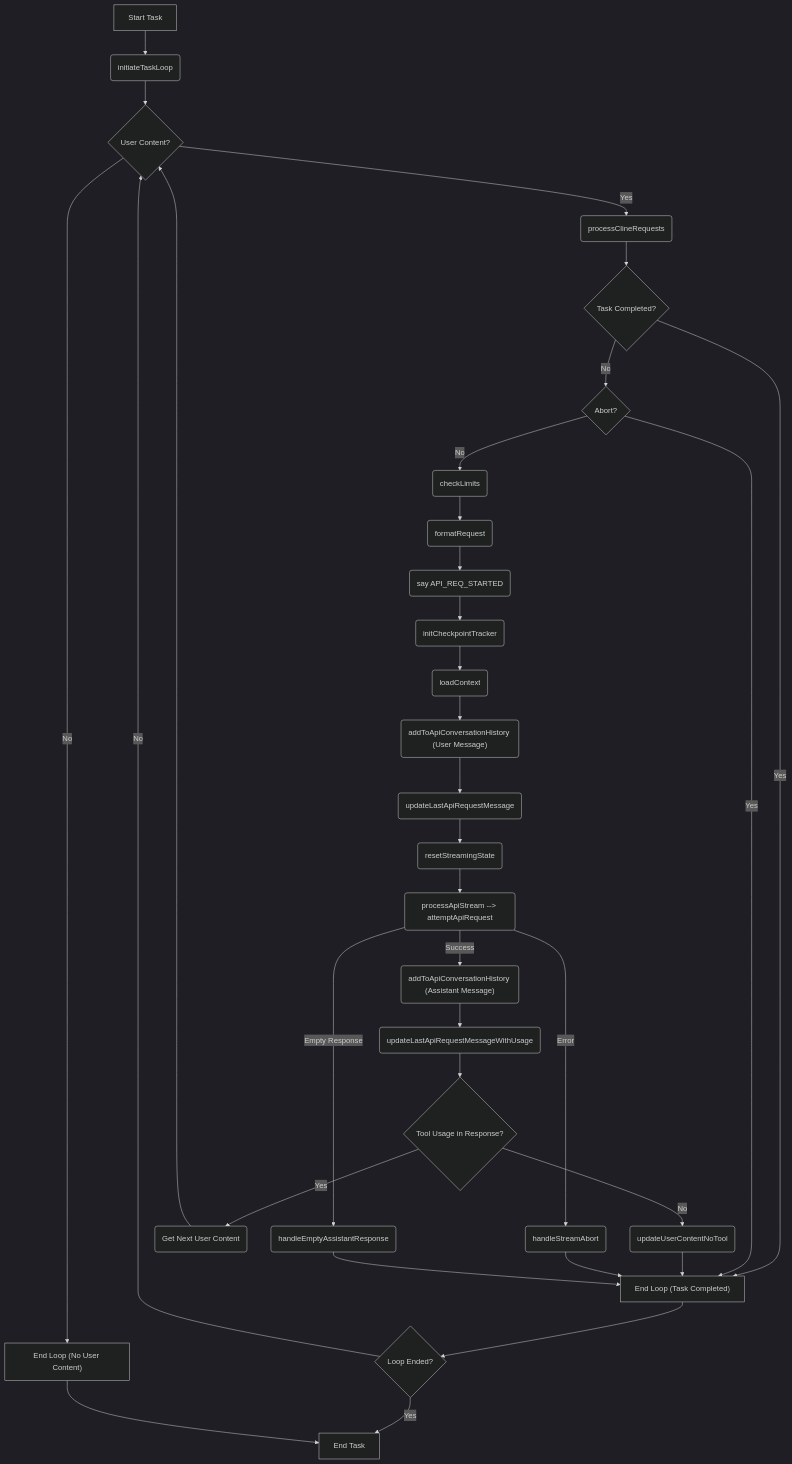
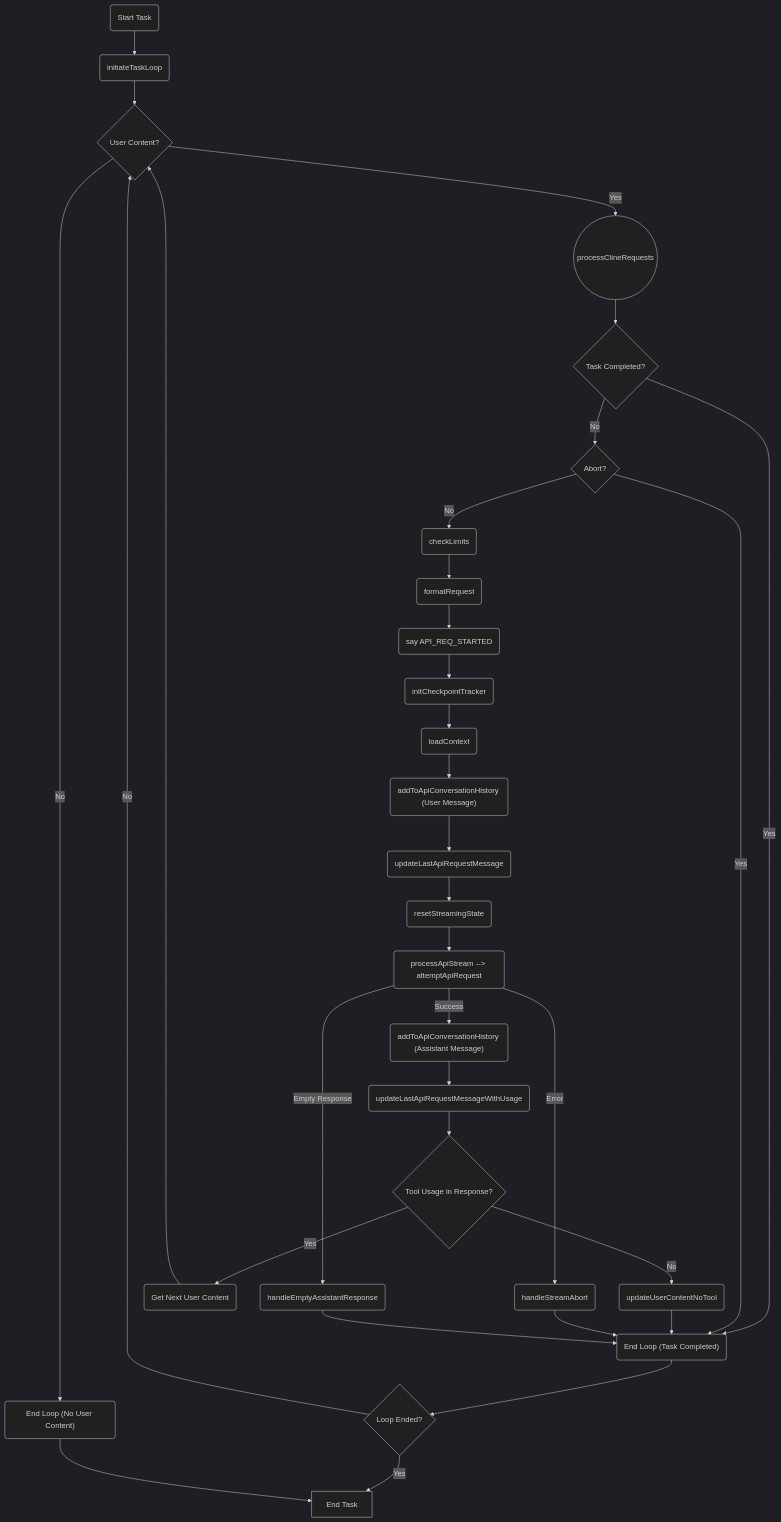
Before and after one commit to gorillabbit/cline-cli: the diagram in docs/workflow.md, drawn with Mermaid (dark theme). The commit also changed other lines of this file, not shown here.

Commit message:
ワークフロー図の表記を修正し、アプリケーションの目的に関する説明を追加

````diff
--- a/docs/workflow.md
+++ b/docs/workflow.md
@@ -3,35 +3,35 @@
 ```mermaid
 graph TD
-    A[Start Task] --> B(initiateTaskLoop);
+    A(Start Task) --> B(initiateTaskLoop);
     B --> C{User Content?};
-    C -- Yes --> D(processClineRequests);
-    C -- No --> E["End Loop (No User Content)"];
+    C -- Yes --> D((processClineRequests));
+    C -- No --> E("End Loop (No User Content)");
     D --> F{Task Completed?};
-    F -- Yes --> G["End Loop (Task Completed)"];
+    F -- Yes --> G("End Loop (Task Completed)");
     F -- No --> H{Abort?};
     H -- Yes --> G;
     H -- No --> I(checkLimits);
     I --> J(formatRequest);
     J --> K(say API_REQ_STARTED);
     K --> L(initCheckpointTracker);
     L --> M(loadContext);
     M --> N("addToApiConversationHistory (User Message)");
     N --> O(updateLastApiRequestMessage);
     O --> P(resetStreamingState);
     P --> Q(processApiStream --> attemptApiRequest);
     Q -- Success --> R("addToApiConversationHistory (Assistant Message)");
     Q -- Error --> S(handleStreamAbort);
     Q -- Empty Response --> T(handleEmptyAssistantResponse);
     R --> U(updateLastApiRequestMessageWithUsage);
     U --> V{Tool Usage in Response?};
     V -- Yes --> W(Get Next User Content);
     V -- No --> X(updateUserContentNoTool);
     X --> G;
     W --> C;
     S --> G;
     T --> G;
     G --> Y{Loop Ended?};
     Y -- No --> C;
     Y -- Yes --> Z[End Task];
     E --> Z;
 ```
````
